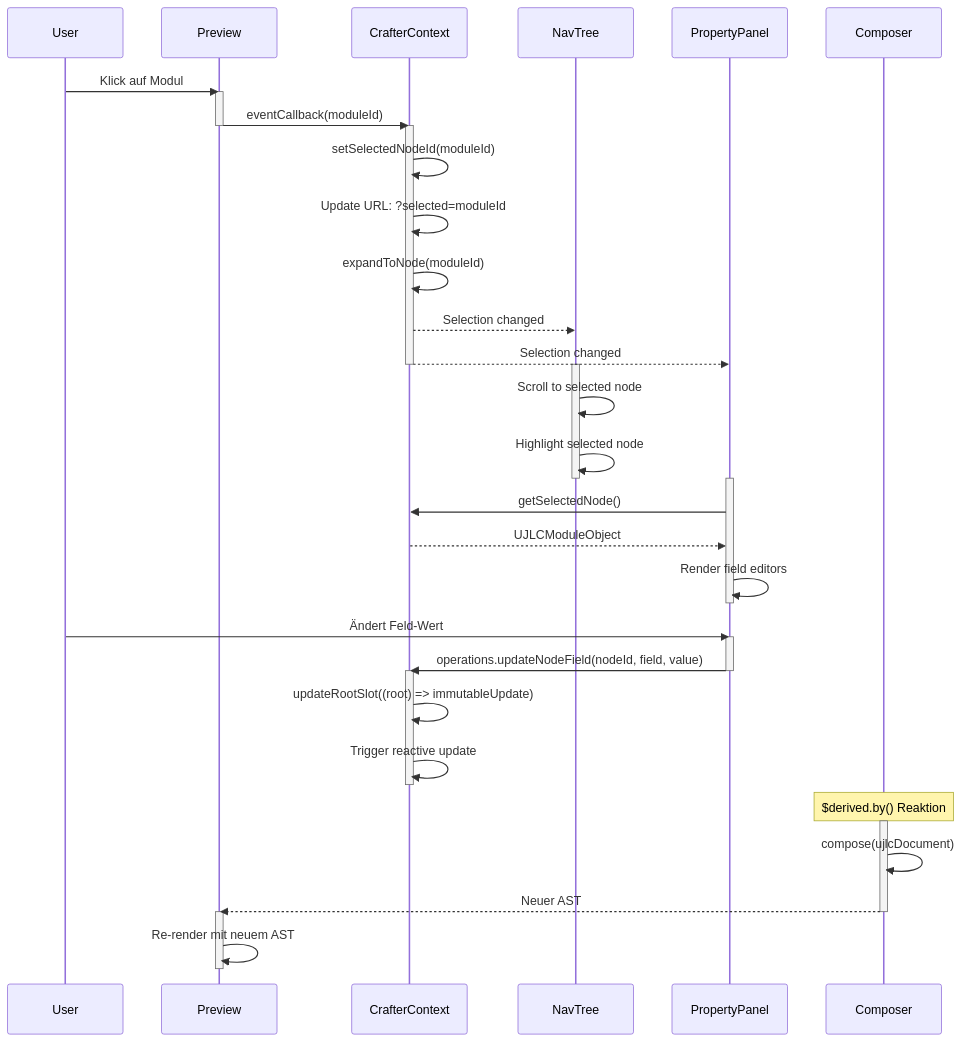
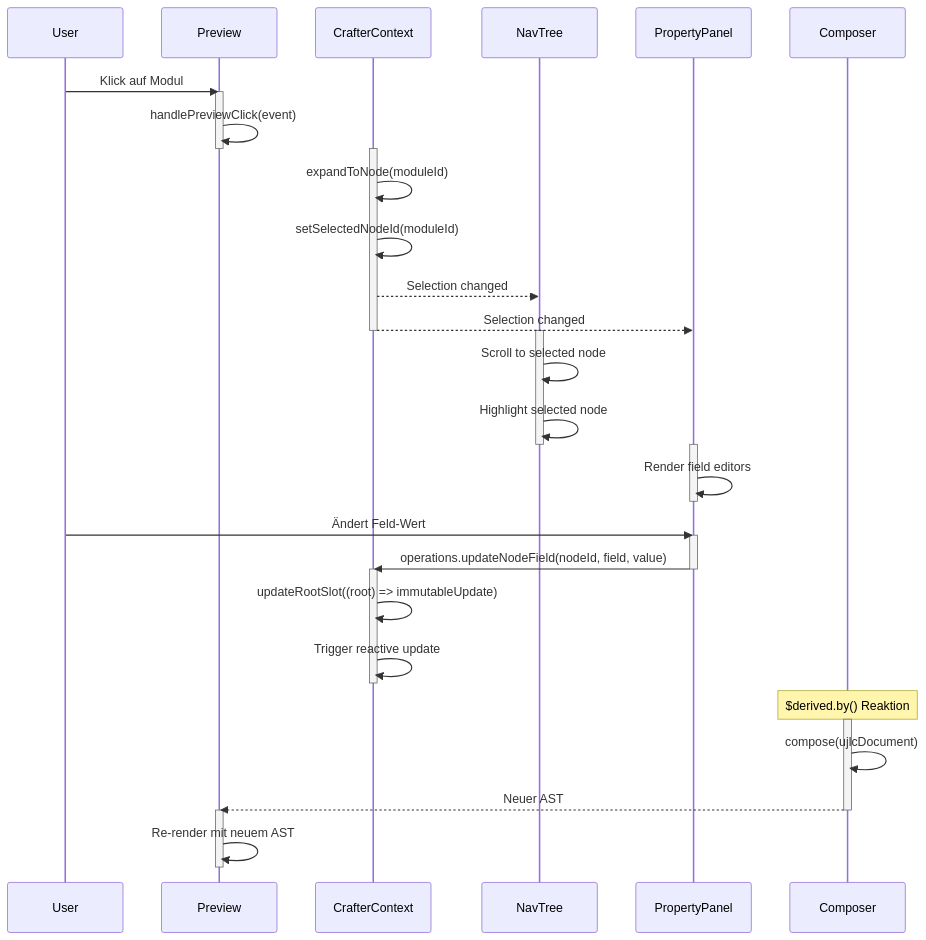
One commit to mainzcript/ujl changed the fourth of 13 diagrams in apps/docs/src/arc42/06-runtime-view.md. Above: the diagram before and after it, drawn with Mermaid. The commit also changed other lines of this file and 10 other files, not shown here.

Commit message:
refactor: update architecture documentation to clarify UJL's structure, including detailed descriptions of content and design separation, image storage strategies, and the role of the Crafter in editor workflows, while enhancing overall clarity and consistency across sections

````diff
--- a/apps/docs/src/arc42/06-runtime-view.md
+++ b/apps/docs/src/arc42/06-runtime-view.md
@@ -525,53 +495,50 @@
 ```mermaid
 sequenceDiagram
     participant User as User
     participant Preview as Preview
     participant Context as CrafterContext
     participant Tree as NavTree
     participant Props as PropertyPanel
     participant Composer as Composer
 
     User->>Preview: Klick auf Modul
     activate Preview
-    Preview->>Context: eventCallback(moduleId)
+    Preview->>Preview: handlePreviewClick(event)
     deactivate Preview
 
     activate Context
+    Context->>Context: expandToNode(moduleId)
     Context->>Context: setSelectedNodeId(moduleId)
-    Context->>Context: Update URL: ?selected=moduleId
-    Context->>Context: expandToNode(moduleId)
     Context-->>Tree: Selection changed
     Context-->>Props: Selection changed
     deactivate Context
 
     activate Tree
     Tree->>Tree: Scroll to selected node
     Tree->>Tree: Highlight selected node
     deactivate Tree
 
     activate Props
-    Props->>Context: getSelectedNode()
-    Context-->>Props: UJLCModuleObject
     Props->>Props: Render field editors
     deactivate Props
 
     User->>Props: Ändert Feld-Wert
     activate Props
     Props->>Context: operations.updateNodeField(nodeId, field, value)
     deactivate Props
 
     activate Context
     Context->>Context: updateRootSlot((root) => immutableUpdate)
     Context->>Context: Trigger reactive update
     deactivate Context
 
     Note over Composer: $derived.by() Reaktion
     activate Composer
     Composer->>Composer: compose(ujlcDocument)
     Composer-->>Preview: Neuer AST
     deactivate Composer
 
     activate Preview
     Preview->>Preview: Re-render mit neuem AST
     deactivate Preview
 ```
````
